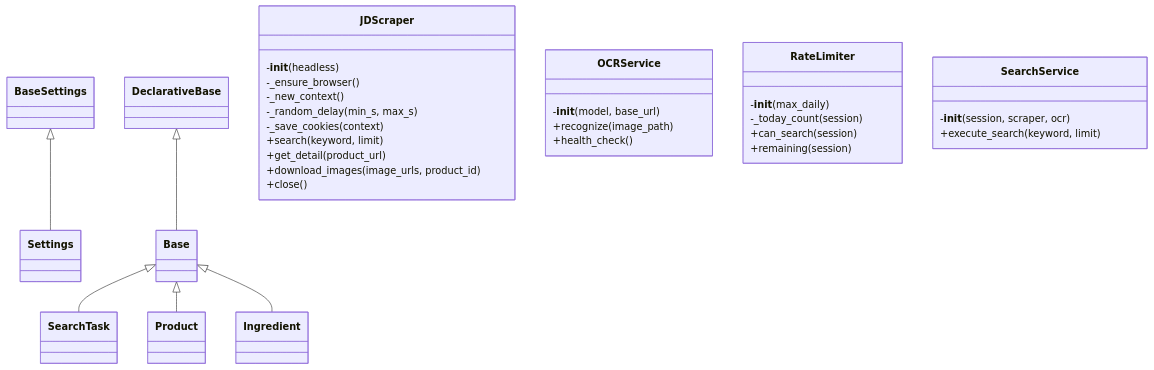
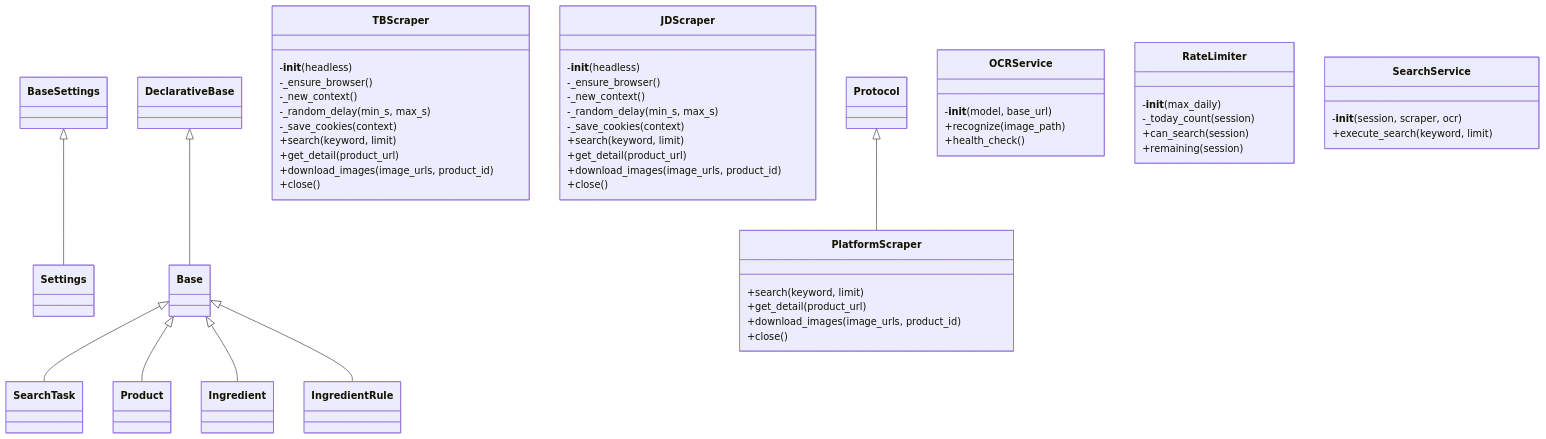
Before and after one commit to ryanlxb/Shopping-assist: the diagram in docs/architecture/graphs/class_graph.mmd, drawn with Mermaid. The commit also changed 10 other files, not shown here.

First line of the commit message:
feat(scraper): add Tmall/Taobao platform support with platform selector

```diff
--- a/docs/architecture/graphs/class_graph.mmd
+++ b/docs/architecture/graphs/class_graph.mmd
@@ -1,42 +1,63 @@
 classDiagram
     class Settings {
     }
     BaseSettings <|-- Settings
     class SearchTask {
     }
     Base <|-- SearchTask
     class Product {
     }
     Base <|-- Product
     class Ingredient {
     }
     Base <|-- Ingredient
+    class IngredientRule {
+    }
+    Base <|-- IngredientRule
     class Base {
     }
     DeclarativeBase <|-- Base
+    class TBScraper {
+        -__init__(headless)
+        -_ensure_browser()
+        -_new_context()
+        -_random_delay(min_s, max_s)
+        -_save_cookies(context)
+        +search(keyword, limit)
+        +get_detail(product_url)
+        +download_images(image_urls, product_id)
+        +close()
+    }
     class JDScraper {
         -__init__(headless)
         -_ensure_browser()
         -_new_context()
         -_random_delay(min_s, max_s)
         -_save_cookies(context)
         +search(keyword, limit)
         +get_detail(product_url)
         +download_images(image_urls, product_id)
         +close()
     }
+    class PlatformScraper {
+        +search(keyword, limit)
+        +get_detail(product_url)
+        +download_images(image_urls, product_id)
+        +close()
+    }
+    Protocol <|-- PlatformScraper
     class OCRService {
         -__init__(model, base_url)
         +recognize(image_path)
         +health_check()
     }
     class RateLimiter {
         -__init__(max_daily)
         -_today_count(session)
         +can_search(session)
         +remaining(session)
     }
     class SearchService {
         -__init__(session, scraper, ocr)
         +execute_search(keyword, limit)
     }
```
